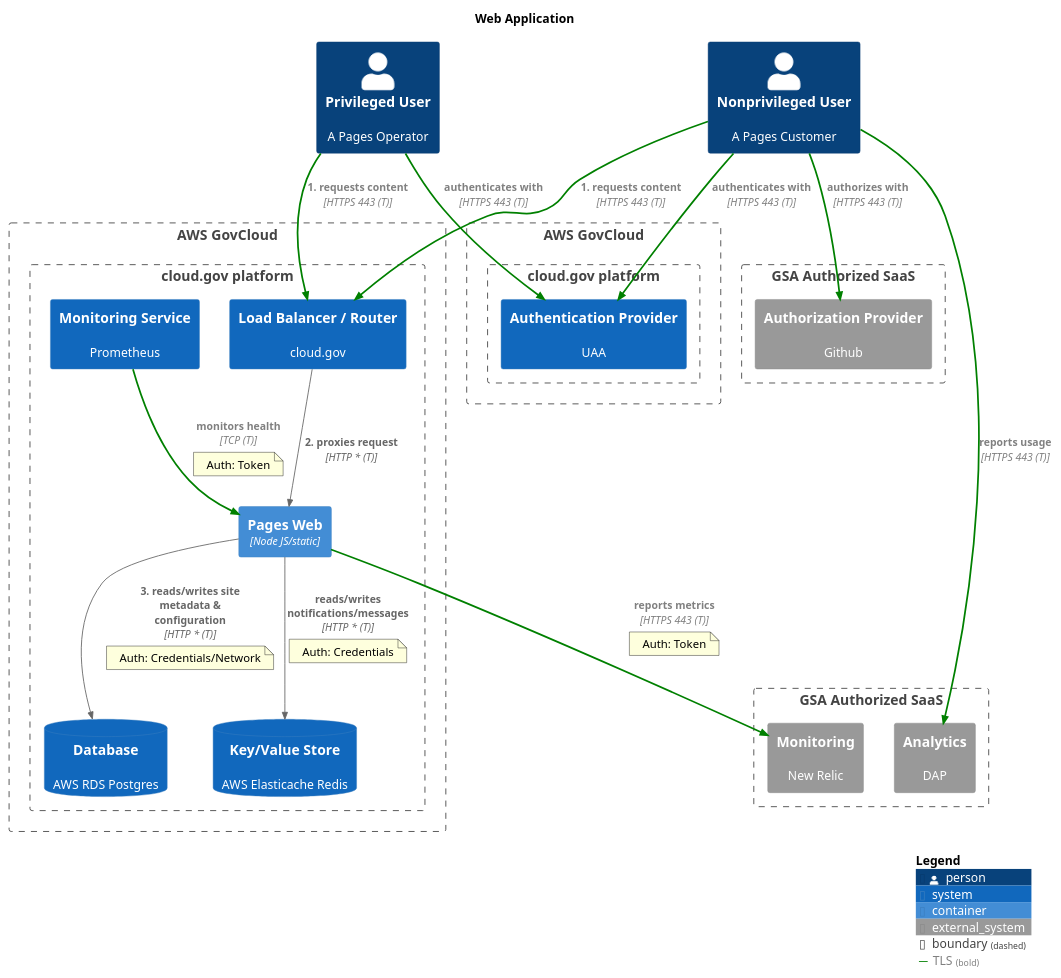
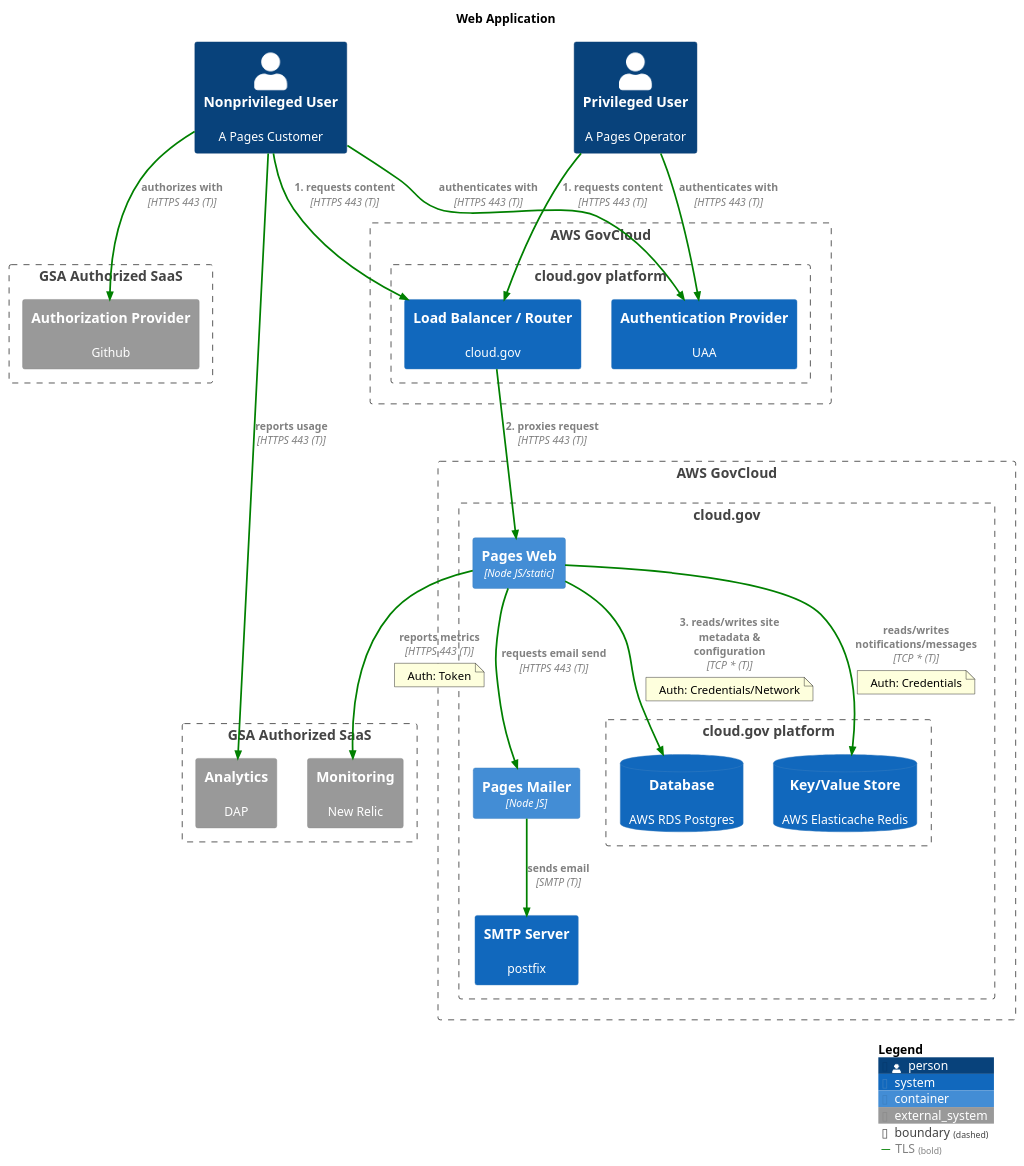
The diagram in source/diagrams/pages/web.puml (cloud-gov/system-diagrams), drawn with PlantUML before and after one commit. The commit also changed 7 other files, not shown here.

Commit message:
update diagrams

```diff
--- a/source/diagrams/pages/web.puml
+++ b/source/diagrams/pages/web.puml
@@ -1,68 +1,68 @@
 @startuml web
 !include https://raw.githubusercontent.com/plantuml-stdlib/C4-PlantUML/master/C4_Container.puml
 'https://github.com/plantuml-stdlib/C4-PlantUML
 
 title Web Application
 
 AddRelTag("TLS", $textColor="grey", $lineColor="green", $lineStyle=BoldLine())
 
 Person(npu, "Nonprivileged User", "A Pages Customer")
 Person(pu, "Privileged User", "A Pages Operator")
 
 Boundary(awsgov2, "AWS GovCloud") {
   Boundary(cloudgov2, "cloud.gov platform") {
+    System(elb, "Load Balancer / Router", "cloud.gov")
     System(uaa, "Authentication Provider", "UAA")
   }
 }
 
 Boundary(awsgov, "AWS GovCloud") {
-  Boundary(cloudgov, "cloud.gov platform") {
-    System(elb, "Load Balancer / Router", "cloud.gov")
-    System(prom, "Monitoring Service", "Prometheus")
+  Boundary(cloudgov, "cloud.gov") {
+    System(smtp, "SMTP Server", "postfix")
     Container(web, "Pages Web", "Node JS/static")
-    SystemDb(db, "Database", "AWS RDS Postgres")
-    SystemDb(redis, "Key/Value Store", "AWS Elasticache Redis")
+    Container(mailer, "Pages Mailer", "Node JS")
+    Boundary(cloudgovp, "cloud.gov platform") {
+      SystemDb(db, "Database", "AWS RDS Postgres")
+      SystemDb(redis, "Key/Value Store", "AWS Elasticache Redis")
+    }
   }
 }
 
 Boundary(gsa1, "GSA Authorized SaaS") {
   System_Ext(gh, "Authorization Provider", "Github")
 }
 
 Boundary(gsa2, "GSA Authorized SaaS") {
   System_Ext(dap, "Analytics", "DAP")
   System_Ext(newrelic, "Monitoring", "New Relic")
 }
 
+Rel(web, mailer, "requests email send", "HTTPS 443 (T)", $tags="TLS")
+Rel(mailer, smtp, "sends email", "SMTP (T)", $tags="TLS")
 Rel(npu, uaa, "authenticates with", "HTTPS 443 (T)", $tags="TLS")
 Rel(npu, gh, "authorizes with", "HTTPS 443 (T)", $tags="TLS")
 Rel(pu, uaa, "authenticates with", "HTTPS 443 (T)", $tags="TLS")
 
 Rel(npu, elb, "1. requests content", "HTTPS 443 (T)", $tags="TLS")
 Rel(pu, elb, "1. requests content", "HTTPS 443 (T)", $tags="TLS")
-Rel(elb, web, "2. proxies request", "HTTP * (T)")
+Rel(elb, web, "2. proxies request", "HTTPS 443 (T)", $tags="TLS")
 
-Rel(web, db, "3. reads/writes site metadata & configuration", "HTTP * (T)")
+Rel(web, db, "3. reads/writes site metadata & configuration", "TCP * (T)", $tags="TLS")
 note on link
   Auth: Credentials/Network
 end note
 
-Rel(web, redis, "reads/writes notifications/messages", "HTTP * (T)")
+Rel(web, redis, "reads/writes notifications/messages", "TCP * (T)", $tags="TLS")
 note on link
   Auth: Credentials
-end note
-
-Rel(prom, web, "monitors health", "TCP (T)", $tags="TLS")
-note on link
-  Auth: Token
 end note
 
 Rel(npu, dap, "reports usage", "HTTPS 443 (T)", $tags="TLS")
 
 Rel(web, newrelic, "reports metrics", "HTTPS 443 (T)", $tags="TLS")
 note on link
   Auth: Token
 end note
 
 SHOW_LEGEND()
 @enduml
```
